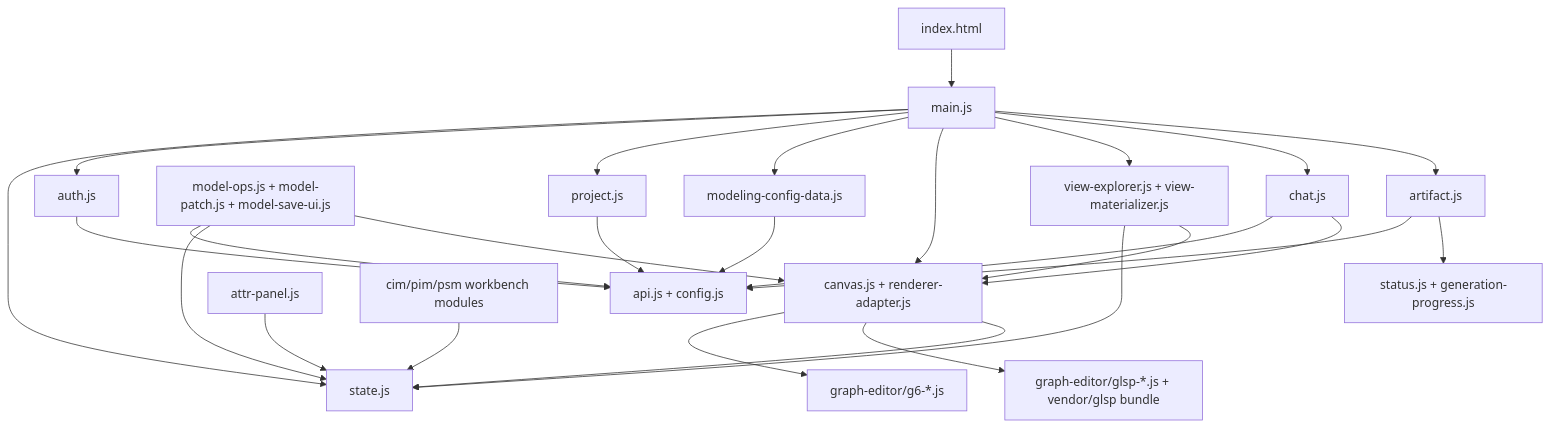
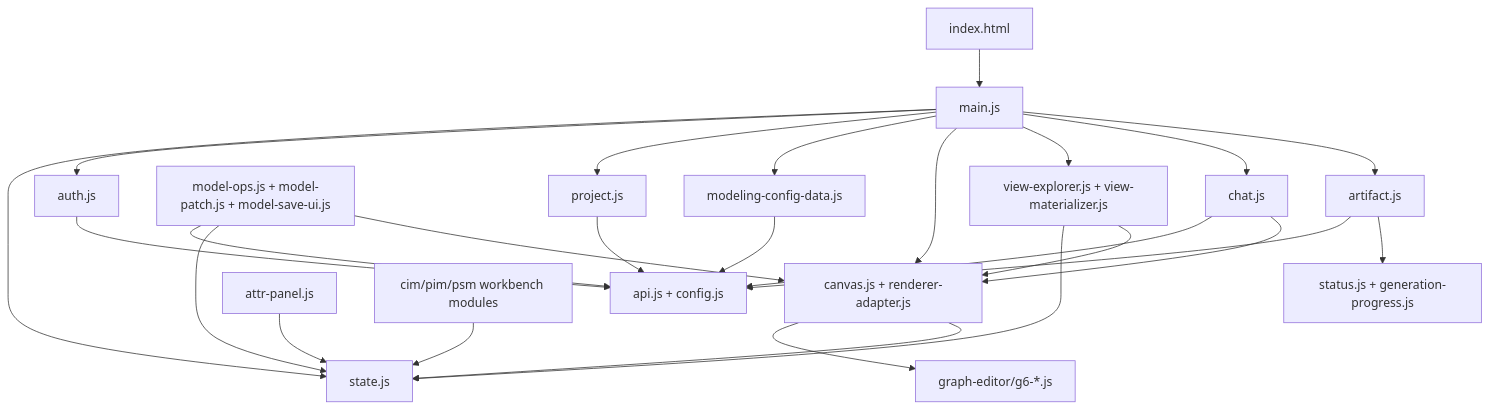
One commit to mehdieidi/modriss changed the first of 5 diagrams in docs/diagrams/21-frontend-architecture-and-flows.md. Above: the diagram before and after it, drawn with Mermaid. The commit also changed 114 other files, not shown here.

````diff
--- a/docs/diagrams/21-frontend-architecture-and-flows.md
+++ b/docs/diagrams/21-frontend-architecture-and-flows.md
@@ -5,47 +5,45 @@
 ```mermaid
 flowchart TB
     html["index.html"]
     main["main.js"]
     state["state.js"]
     api["api.js + config.js"]
     auth["auth.js"]
     project["project.js"]
     modelOps["model-ops.js + model-patch.js + model-save-ui.js"]
     configData["modeling-config-data.js"]
     canvas["canvas.js + renderer-adapter.js"]
     g6["graph-editor/g6-*.js"]
-    glsp["graph-editor/glsp-*.js + vendor/glsp bundle"]
     views["view-explorer.js + view-materializer.js"]
     attrs["attr-panel.js"]
     workbenches["cim/pim/psm workbench modules"]
     chat["chat.js"]
     artifact["artifact.js"]
     status["status.js + generation-progress.js"]
 
     html --> main
     main --> state
     main --> auth
     main --> project
     main --> configData
     main --> canvas
     canvas --> g6
-    canvas --> glsp
     main --> views
     main --> chat
     main --> artifact
     auth --> api
     project --> api
     modelOps --> api
     configData --> api
     chat --> api
     artifact --> api
     canvas --> state
     attrs --> state
     views --> state
     workbenches --> state
     modelOps --> state
     modelOps --> canvas
     views --> canvas
     chat --> canvas
     artifact --> status
 ```
````
